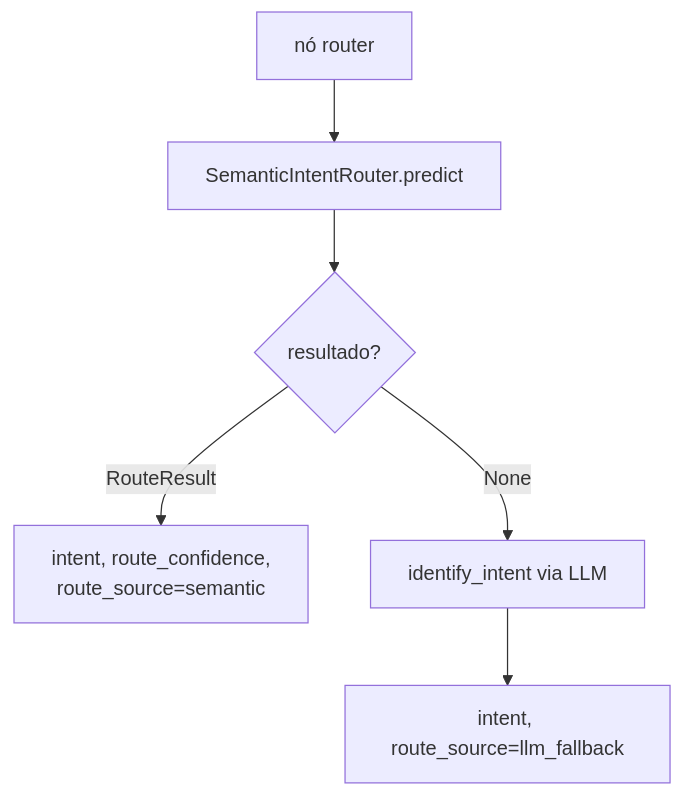
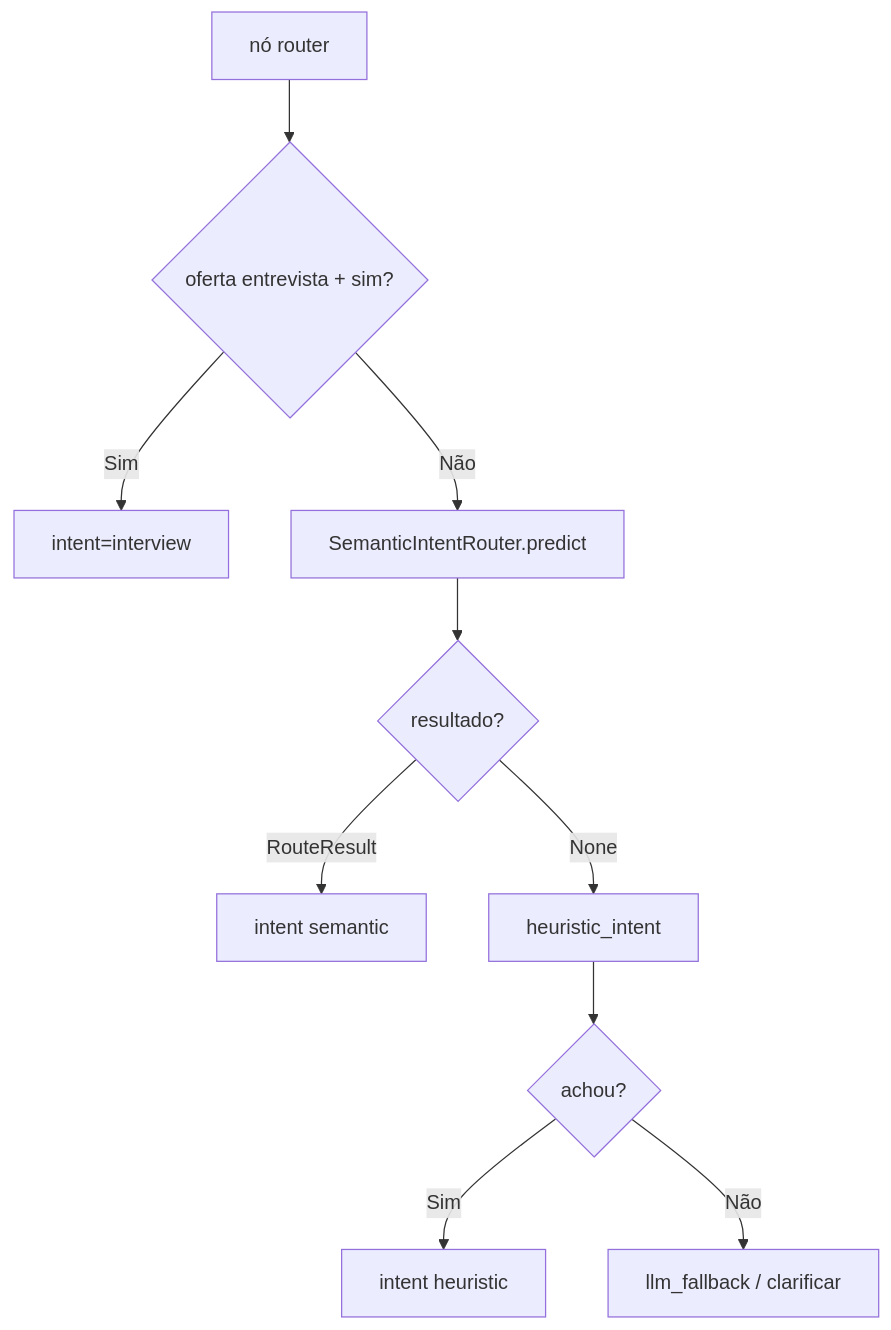
Before and after one commit to holdenoffmenn/desafio-t4h: the ninth of 10 diagrams in docs/fluxogramas/parte-2-orquestracao.md, drawn with Mermaid. The commit also changed other lines of this file and 1 other file, not shown here.

First line of the commit message:
docs: mark Part 2 flowcharts validated and update README progress

````diff
--- a/docs/fluxogramas/parte-2-orquestracao.md
+++ b/docs/fluxogramas/parte-2-orquestracao.md
@@ -122,8 +139,12 @@
 ```mermaid
 flowchart TD
-    A[nó router] --> S[SemanticIntentRouter.predict]
+    A[nó router] --> AFF{oferta entrevista + sim?}
+    AFF -- Sim --> IV[intent=interview]
+    AFF -- Não --> S[SemanticIntentRouter.predict]
     S --> R{resultado?}
-    R -- RouteResult --> SET1[intent, route_confidence,<br/>route_source=semantic]
-    R -- None --> L[identify_intent via LLM]
-    L --> SET2[intent, route_source=llm_fallback]
+    R -- RouteResult --> SET1[intent semantic]
+    R -- None --> H[heuristic_intent]
+    H --> L{achou?}
+    L -- Sim --> SET2[intent heuristic]
+    L -- Não --> FB[llm_fallback / clarificar]
 ```
````
